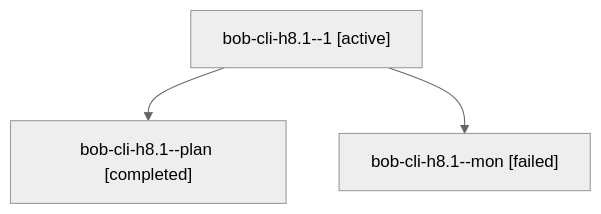
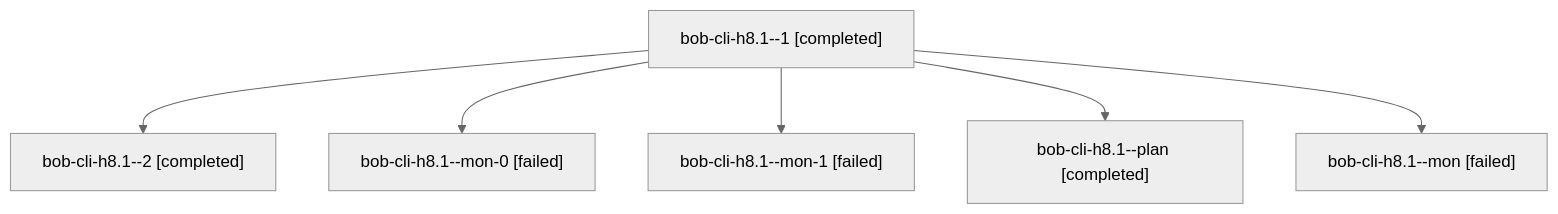
The diagram in sessions/bbugyi200.athena.bob-cli-h8.1.md (bobs-org/bob-cli--agents), drawn with Mermaid (neutral theme) before and after one commit. The commit also changed other lines of this file and 119 other files, not shown here.

````diff
--- a/sessions/bbugyi200.athena.bob-cli-h8.1.md
+++ b/sessions/bbugyi200.athena.bob-cli-h8.1.md
@@ -9,8 +9,14 @@
 ```mermaid
 flowchart TD
-  n0["bob-cli-h8.1--1 [active]"]
-  n1["bob-cli-h8.1--plan [completed]"]
+  n0["bob-cli-h8.1--1 [completed]"]
+  n1["bob-cli-h8.1--2 [completed]"]
   n0 --> n1
-  n2["bob-cli-h8.1--mon [failed]"]
+  n2["bob-cli-h8.1--mon-0 [failed]"]
   n0 --> n2
+  n3["bob-cli-h8.1--mon-1 [failed]"]
+  n0 --> n3
+  n4["bob-cli-h8.1--plan [completed]"]
+  n0 --> n4
+  n5["bob-cli-h8.1--mon [failed]"]
+  n0 --> n5
 ```
````
